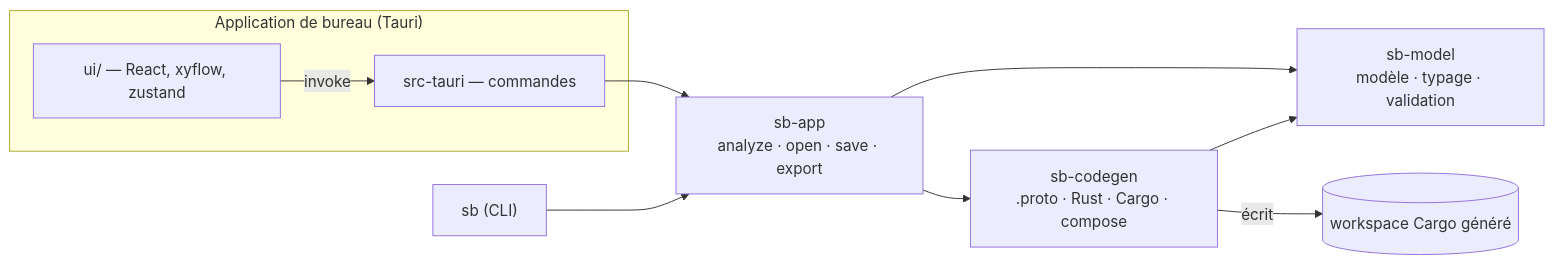
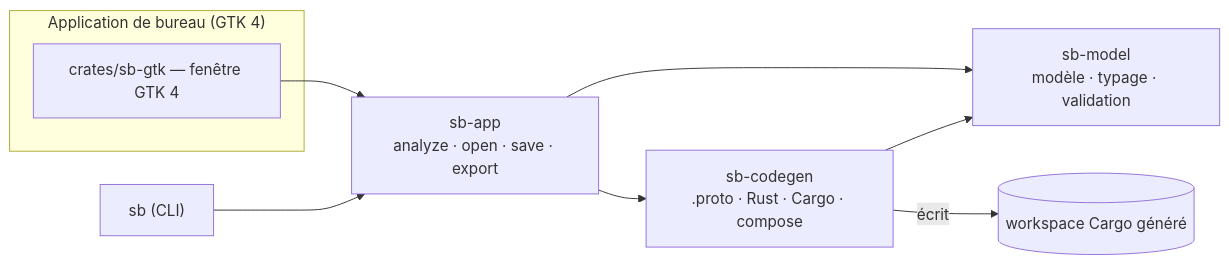
The first of 3 diagrams in docs/ARCHITECTURE.md (entcorporg/service-builder), drawn with Mermaid before and after one commit. The commit also changed other lines of this file and 127 other files, not shown here.

First line of the commit message:
Replace the Tauri app by the GTK 4 app, aligned on the former web UI [minor]

````diff
--- a/docs/ARCHITECTURE.md
+++ b/docs/ARCHITECTURE.md
@@ -5,12 +5,12 @@
 ```mermaid
 flowchart LR
-  subgraph app["Application de bureau (Tauri)"]
-    UI["ui/ — React, xyflow, zustand"] -- "invoke" --> CMD["src-tauri — commandes"]
+  subgraph app["Application de bureau (GTK 4)"]
+    UI["crates/sb-gtk — fenêtre GTK 4"]
   end
-  CMD --> APP["sb-app<br/>analyze · open · save · export"]
+  UI --> APP["sb-app<br/>analyze · open · save · export"]
   CLI["sb (CLI)"] --> APP
   APP --> GEN["sb-codegen<br/>.proto · Rust · Cargo · compose"]
   APP --> MODEL["sb-model<br/>modèle · typage · validation"]
   GEN --> MODEL
   GEN -- "écrit" --> OUT[("workspace Cargo généré")]
 ```
````
